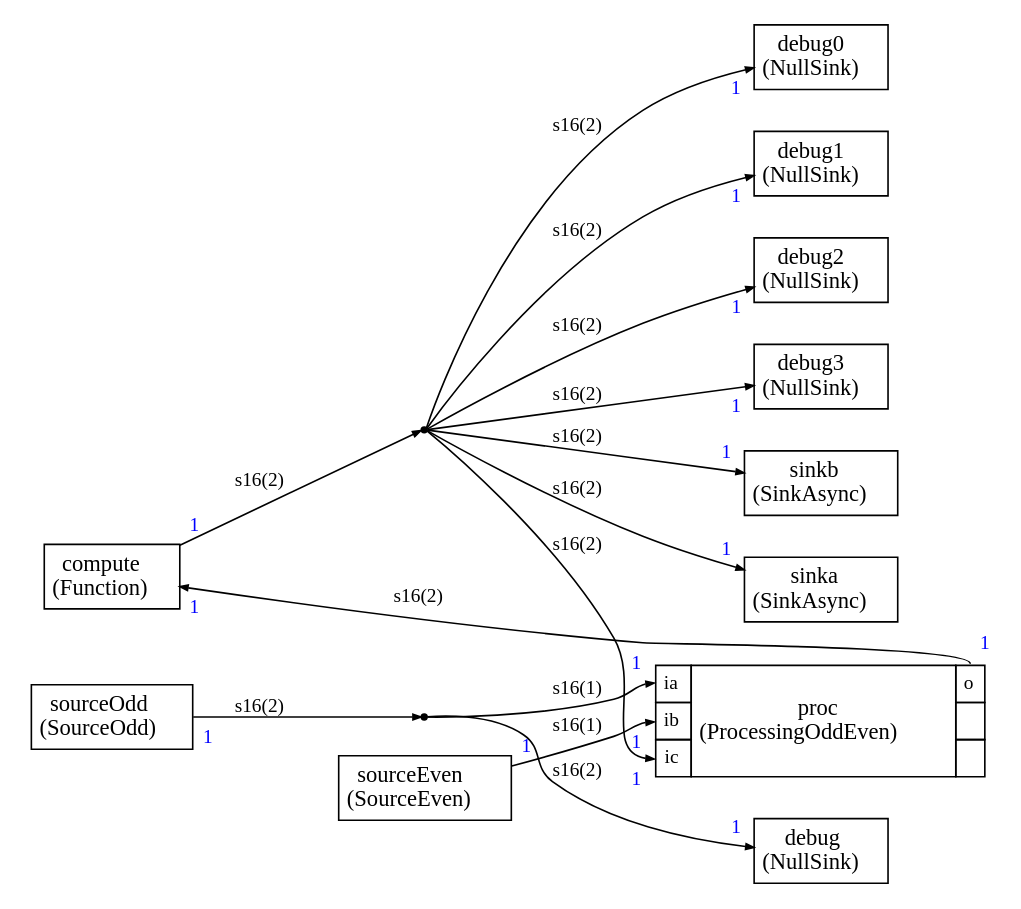
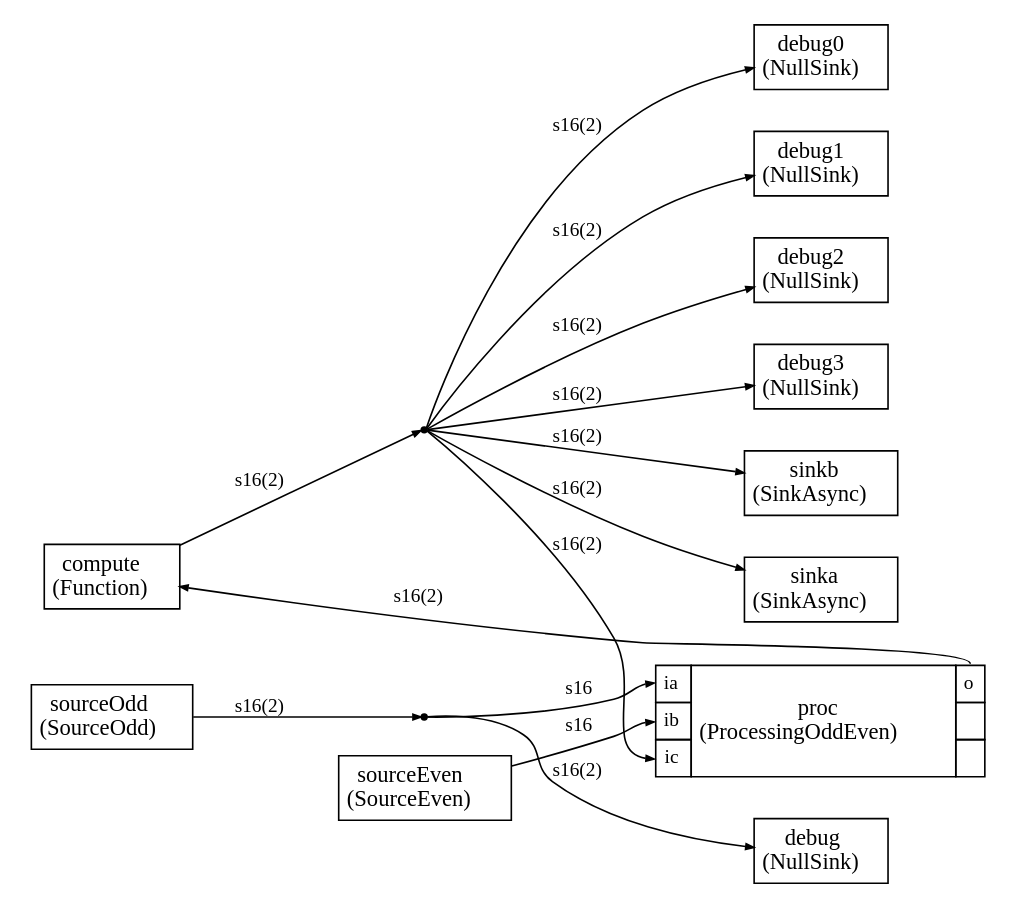
The diagram in Examples/example11/test.dot (ARM-software/CMSIS-Stream), drawn with Graphviz before and after one commit. The commit also changed 101 other files, not shown here.

```diff
--- a/Examples/example11/test.dot
+++ b/Examples/example11/test.dot
@@ -1,187 +1,172 @@
 
 
 
 
 digraph structs {
     bgcolor = "white"
     node [shape=plaintext,color="black",fontcolor="black",fontname="Times-Roman"]
     rankdir=LR
     edge [arrowsize="0.5",color="black",fontcolor="black",fontname="Times-Roman"]
 
 
 compute1 [label=<
 <TABLE color="black" bgcolor="none" BORDER="0" CELLBORDER="1" CELLSPACING="0" CELLPADDING="4">
   <TR>
     <TD ALIGN="CENTER" PORT="i"><FONT COLOR="black" POINT-SIZE="14.0">compute<BR/>(Function)</FONT></TD>
   </TR>
 </TABLE>>];
 
 debug [label=<
 <TABLE color="black" bgcolor="none" BORDER="0" CELLBORDER="1" CELLSPACING="0" CELLPADDING="4">
   <TR>
     <TD ALIGN="CENTER" PORT="i"><FONT COLOR="black" POINT-SIZE="14.0">debug<BR/>(NullSink)</FONT></TD>
   </TR>
 </TABLE>>];
 
 debug0 [label=<
 <TABLE color="black" bgcolor="none" BORDER="0" CELLBORDER="1" CELLSPACING="0" CELLPADDING="4">
   <TR>
     <TD ALIGN="CENTER" PORT="i"><FONT COLOR="black" POINT-SIZE="14.0">debug0<BR/>(NullSink)</FONT></TD>
   </TR>
 </TABLE>>];
 
 debug1 [label=<
 <TABLE color="black" bgcolor="none" BORDER="0" CELLBORDER="1" CELLSPACING="0" CELLPADDING="4">
   <TR>
     <TD ALIGN="CENTER" PORT="i"><FONT COLOR="black" POINT-SIZE="14.0">debug1<BR/>(NullSink)</FONT></TD>
   </TR>
 </TABLE>>];
 
 debug2 [label=<
 <TABLE color="black" bgcolor="none" BORDER="0" CELLBORDER="1" CELLSPACING="0" CELLPADDING="4">
   <TR>
     <TD ALIGN="CENTER" PORT="i"><FONT COLOR="black" POINT-SIZE="14.0">debug2<BR/>(NullSink)</FONT></TD>
   </TR>
 </TABLE>>];
 
 debug3 [label=<
 <TABLE color="black" bgcolor="none" BORDER="0" CELLBORDER="1" CELLSPACING="0" CELLPADDING="4">
   <TR>
     <TD ALIGN="CENTER" PORT="i"><FONT COLOR="black" POINT-SIZE="14.0">debug3<BR/>(NullSink)</FONT></TD>
   </TR>
 </TABLE>>];
 
 dup0 [shape=point,label="dup0"]
 
 dup1 [shape=point,label="dup1"]
 
 
 proc [label=<
 <TABLE color="black" bgcolor="none" BORDER="0" CELLBORDER="1" CELLSPACING="0" CELLPADDING="4">
   <TR>
     <TD PORT="ia"><FONT POINT-SIZE="12.0" COLOR="black">ia</FONT></TD>
     <TD ALIGN="CENTER" ROWSPAN="3"><FONT COLOR="black" POINT-SIZE="14.0">proc<BR/>(ProcessingOddEven)</FONT></TD>
     <TD PORT="o"><FONT POINT-SIZE="12.0" COLOR="black">o</FONT></TD>
   </TR>
 <TR>
 <TD PORT="ib"><FONT POINT-SIZE="12.0" COLOR="black">ib</FONT></TD>
 
  
 <TD></TD></TR><TR>
 <TD PORT="ic"><FONT POINT-SIZE="12.0" COLOR="black">ic</FONT></TD>
 
  
 <TD></TD></TR>
 
 </TABLE>>];
 
 sinka [label=<
 <TABLE color="black" bgcolor="none" BORDER="0" CELLBORDER="1" CELLSPACING="0" CELLPADDING="4">
   <TR>
     <TD ALIGN="CENTER" PORT="i"><FONT COLOR="black" POINT-SIZE="14.0">sinka<BR/>(SinkAsync)</FONT></TD>
   </TR>
 </TABLE>>];
 
 sinkb [label=<
 <TABLE color="black" bgcolor="none" BORDER="0" CELLBORDER="1" CELLSPACING="0" CELLPADDING="4">
   <TR>
     <TD ALIGN="CENTER" PORT="i"><FONT COLOR="black" POINT-SIZE="14.0">sinkb<BR/>(SinkAsync)</FONT></TD>
   </TR>
 </TABLE>>];
 
 sourceEven [label=<
 <TABLE color="black" bgcolor="none" BORDER="0" CELLBORDER="1" CELLSPACING="0" CELLPADDING="4">
   <TR>
     <TD ALIGN="CENTER" PORT="i"><FONT COLOR="black" POINT-SIZE="14.0">sourceEven<BR/>(SourceEven)</FONT></TD>
   </TR>
 </TABLE>>];
 
 sourceOdd [label=<
 <TABLE color="black" bgcolor="none" BORDER="0" CELLBORDER="1" CELLSPACING="0" CELLPADDING="4">
   <TR>
     <TD ALIGN="CENTER" PORT="i"><FONT COLOR="black" POINT-SIZE="14.0">sourceOdd<BR/>(SourceOdd)</FONT></TD>
   </TR>
 </TABLE>>];
 
 
 
-sourceEven:i -> proc:ib [style="solid",color="black",fontsize="12.0",fontcolor="black",label=<s16(1)>
-,headlabel=<<TABLE BORDER="0" CELLPADDING="4"><TR><TD><FONT COLOR="blue" POINT-SIZE="12.0" >1</FONT>
-</TD></TR></TABLE>>
-,taillabel=<<TABLE BORDER="0" CELLPADDING="4"><TR><TD><FONT COLOR="blue" POINT-SIZE="12.0" >1</FONT>
-</TD></TR></TABLE>>]
+sourceEven:i -> proc:ib [style="solid",color="black",fontsize="12.0",fontcolor="black",label=<s16>
+
+]
 
 proc:o -> compute1:i [style="solid",color="black",fontsize="12.0",fontcolor="black",label=<s16(2)>
-,headlabel=<<TABLE BORDER="0" CELLPADDING="4"><TR><TD><FONT COLOR="blue" POINT-SIZE="12.0" >1</FONT>
-</TD></TR></TABLE>>
-,taillabel=<<TABLE BORDER="0" CELLPADDING="4"><TR><TD><FONT COLOR="blue" POINT-SIZE="12.0" >1</FONT>
-</TD></TR></TABLE>>]
+
+]
 
 sourceOdd:i ->  
 dup0 [style="solid",color="black",fontsize="12.0",fontcolor="black",label=<s16(2)>
 
-,taillabel=<<TABLE BORDER="0" CELLPADDING="4"><TR><TD><FONT COLOR="blue" POINT-SIZE="12.0" >1</FONT>
-</TD></TR></TABLE>>]
+]
 
  
-dup0 -> proc:ia [style="solid",color="black",fontsize="12.0",fontcolor="black",label=<s16(1)>
-,headlabel=<<TABLE BORDER="0" CELLPADDING="4"><TR><TD><FONT COLOR="blue" POINT-SIZE="12.0" >1</FONT>
-</TD></TR></TABLE>>
+dup0 -> proc:ia [style="solid",color="black",fontsize="12.0",fontcolor="black",label=<s16>
+
 ]
 
  
 dup0 -> debug:i [style="solid",color="black",fontsize="12.0",fontcolor="black",label=<s16(2)>
-,headlabel=<<TABLE BORDER="0" CELLPADDING="4"><TR><TD><FONT COLOR="blue" POINT-SIZE="12.0" >1</FONT>
-</TD></TR></TABLE>>
+
 ]
 
 compute1:i ->  
 dup1 [style="solid",color="black",fontsize="12.0",fontcolor="black",label=<s16(2)>
 
-,taillabel=<<TABLE BORDER="0" CELLPADDING="4"><TR><TD><FONT COLOR="blue" POINT-SIZE="12.0" >1</FONT>
-</TD></TR></TABLE>>]
+]
 
  
 dup1 -> proc:ic [style="solid",color="black",fontsize="12.0",fontcolor="black",label=<s16(2)>
-,headlabel=<<TABLE BORDER="0" CELLPADDING="4"><TR><TD><FONT COLOR="blue" POINT-SIZE="12.0" >1</FONT>
-</TD></TR></TABLE>>
+
 ]
 
  
 dup1 -> sinka:i [style="solid",color="black",fontsize="12.0",fontcolor="black",label=<s16(2)>
-,headlabel=<<TABLE BORDER="0" CELLPADDING="4"><TR><TD><FONT COLOR="blue" POINT-SIZE="12.0" >1</FONT>
-</TD></TR></TABLE>>
+
 ]
 
  
 dup1 -> sinkb:i [style="solid",color="black",fontsize="12.0",fontcolor="black",label=<s16(2)>
-,headlabel=<<TABLE BORDER="0" CELLPADDING="4"><TR><TD><FONT COLOR="blue" POINT-SIZE="12.0" >1</FONT>
-</TD></TR></TABLE>>
+
 ]
 
  
 dup1 -> debug0:i [style="solid",color="black",fontsize="12.0",fontcolor="black",label=<s16(2)>
-,headlabel=<<TABLE BORDER="0" CELLPADDING="4"><TR><TD><FONT COLOR="blue" POINT-SIZE="12.0" >1</FONT>
-</TD></TR></TABLE>>
+
 ]
 
  
 dup1 -> debug1:i [style="solid",color="black",fontsize="12.0",fontcolor="black",label=<s16(2)>
-,headlabel=<<TABLE BORDER="0" CELLPADDING="4"><TR><TD><FONT COLOR="blue" POINT-SIZE="12.0" >1</FONT>
-</TD></TR></TABLE>>
+
 ]
 
  
 dup1 -> debug2:i [style="solid",color="black",fontsize="12.0",fontcolor="black",label=<s16(2)>
-,headlabel=<<TABLE BORDER="0" CELLPADDING="4"><TR><TD><FONT COLOR="blue" POINT-SIZE="12.0" >1</FONT>
-</TD></TR></TABLE>>
+
 ]
 
  
 dup1 -> debug3:i [style="solid",color="black",fontsize="12.0",fontcolor="black",label=<s16(2)>
-,headlabel=<<TABLE BORDER="0" CELLPADDING="4"><TR><TD><FONT COLOR="blue" POINT-SIZE="12.0" >1</FONT>
-</TD></TR></TABLE>>
+
 ]
 
 
 }
```
